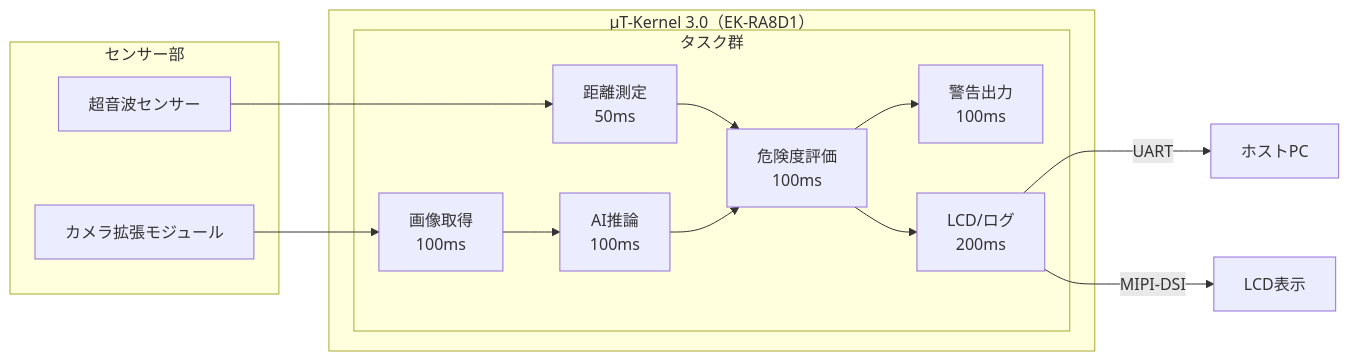
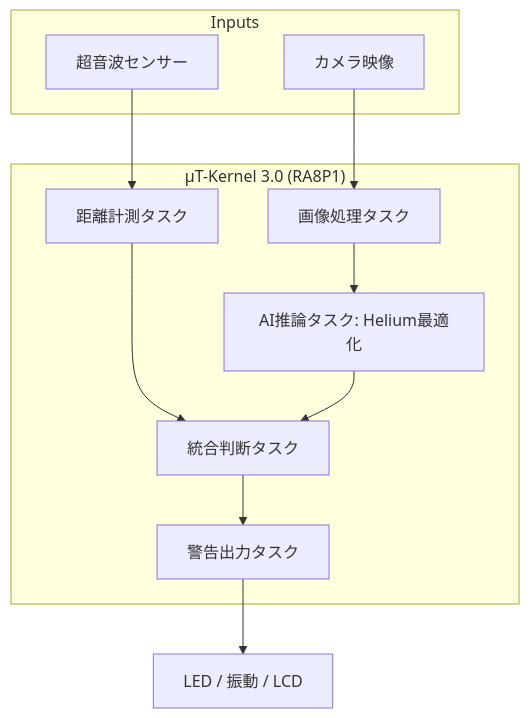
The diagram in docs/plan/planNew.md (noburestaurant/TronProgramingContest), drawn with Mermaid before and after one commit. The commit also changed other lines of this file, not shown here.

````diff
--- a/docs/plan/planNew.md
+++ b/docs/plan/planNew.md
@@ -110,28 +55,22 @@
 ```mermaid
-graph LR
-  subgraph sensor["センサー部"]
-    US["超音波センサー"]
-    CAM["カメラ拡張モジュール"]
+graph TD
+  subgraph Inputs
+    CAM[カメラ映像]
+    US[超音波センサー]
   end
 
-  subgraph mcu["μT-Kernel 3.0（EK-RA8D1）"]
-    subgraph tasks["タスク群"]
-      T1["距離測定\n50ms"]
-      T2["画像取得\n100ms"]
-      T3["AI推論\n100ms"]
-      T4["危険度評価\n100ms"]
-      T5["警告出力\n100ms"]
-      T6["LCD/ログ\n200ms"]
-    end
+  subgraph RTOS["μT-Kernel 3.0 (RA8P1)"]
+    T1[距離計測タスク]
+    T2[画像処理タスク]
+    T3[AI推論タスク: Helium最適化]
+    T4[統合判断タスク]
+    T5[警告出力タスク]
   end
 
-  US --> T1
   CAM --> T2
   T2 --> T3
-  T1 --> T4
-  T3 --> T4
+  US --> T1
+  T1 & T3 --> T4
   T4 --> T5
-  T4 --> T6
-  T6 -->|UART| Host["ホストPC"]
-  T6 -->|MIPI-DSI| LCD["LCD表示"]
+  T5 --> OUT[LED / 振動 / LCD]
 ```
````
